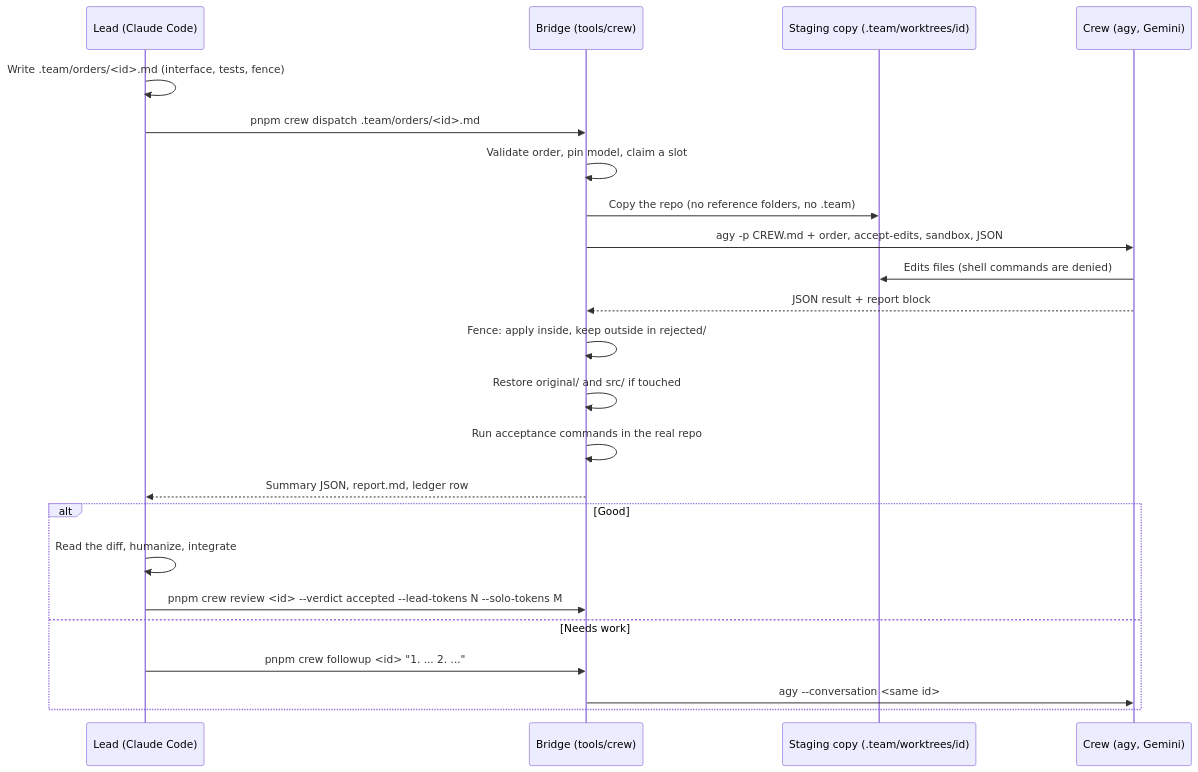
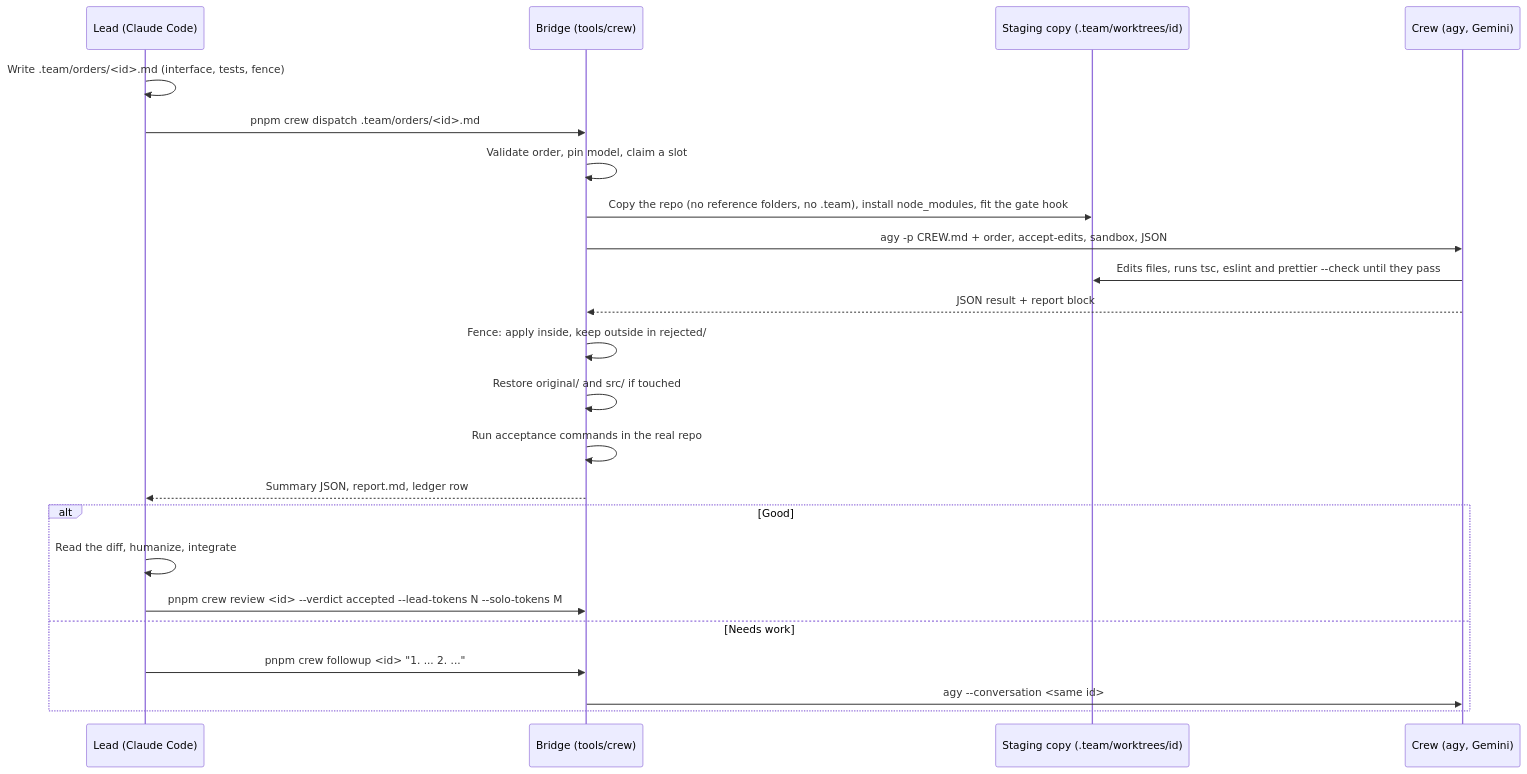
One commit to agunawijaya/woodgrain-88 changed the diagram in docs/team/PROTOCOL.md. Above: the diagram before and after it, drawn with Mermaid. The commit also changed other lines of this file and 15 other files, not shown here.

````diff
--- a/docs/team/PROTOCOL.md
+++ b/docs/team/PROTOCOL.md
@@ -14,25 +14,25 @@
 ```mermaid
 sequenceDiagram
     participant L as Lead (Claude Code)
     participant B as Bridge (tools/crew)
     participant S as Staging copy (.team/worktrees/id)
     participant C as Crew (agy, Gemini)
     L->>L: Write .team/orders/<id>.md (interface, tests, fence)
     L->>B: pnpm crew dispatch .team/orders/<id>.md
     B->>B: Validate order, pin model, claim a slot
-    B->>S: Copy the repo (no reference folders, no .team)
+    B->>S: Copy the repo (no reference folders, no .team), install node_modules, fit the gate hook
     B->>C: agy -p CREW.md + order, accept-edits, sandbox, JSON
-    C->>S: Edits files (shell commands are denied)
+    C->>S: Edits files, runs tsc, eslint and prettier --check until they pass
     C-->>B: JSON result + report block
     B->>B: Fence: apply inside, keep outside in rejected/
     B->>B: Restore original/ and src/ if touched
     B->>B: Run acceptance commands in the real repo
     B-->>L: Summary JSON, report.md, ledger row
     alt Good
         L->>L: Read the diff, humanize, integrate
         L->>B: pnpm crew review <id> --verdict accepted --lead-tokens N --solo-tokens M
     else Needs work
         L->>B: pnpm crew followup <id> "1. ... 2. ..."
         B->>C: agy --conversation <same id>
     end
 ```
````
